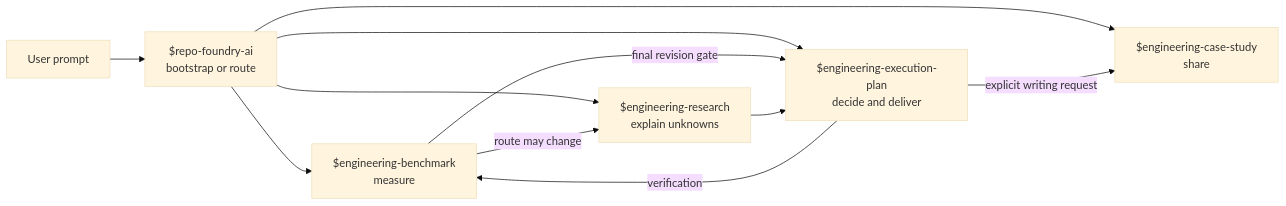
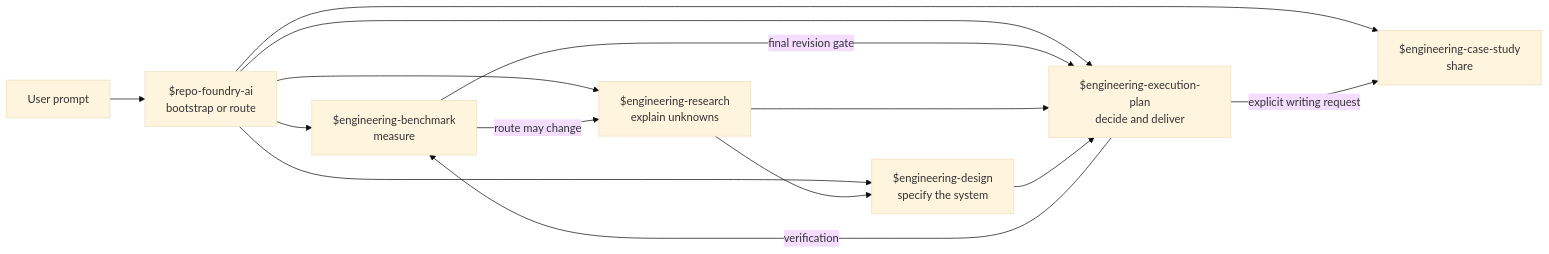
One commit to XiaoWeiKIN/RepoFoundryAI changed the first of 4 diagrams in examples/README.md. Above: the diagram before and after it, drawn with Mermaid (base theme). The commit also changed other lines of this file and 52 other files, not shown here.

````diff
--- a/examples/README.md
+++ b/examples/README.md
@@ -12,13 +12,16 @@
 ```mermaid
 flowchart LR
     U["User prompt"] --> W["$repo-foundry-ai<br/>bootstrap or route"]
     W --> B["$engineering-benchmark<br/>measure"]
     W --> R["$engineering-research<br/>explain unknowns"]
+    W --> D["$engineering-design<br/>specify the system"]
     W --> E["$engineering-execution-plan<br/>decide and deliver"]
     W --> C["$engineering-case-study<br/>share"]
     B -->|"route may change"| R
     B -->|"final revision gate"| E
+    R --> D
     R --> E
+    D --> E
     E -->|"verification"| B
     E -->|"explicit writing request"| C
 ```
````
